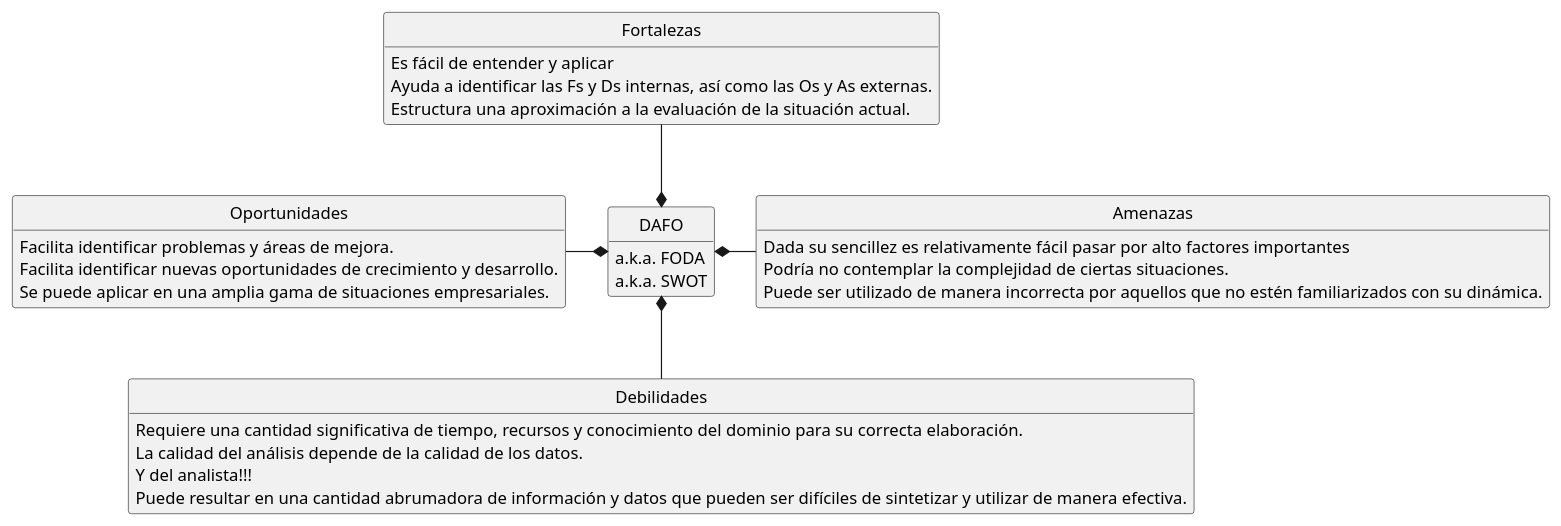
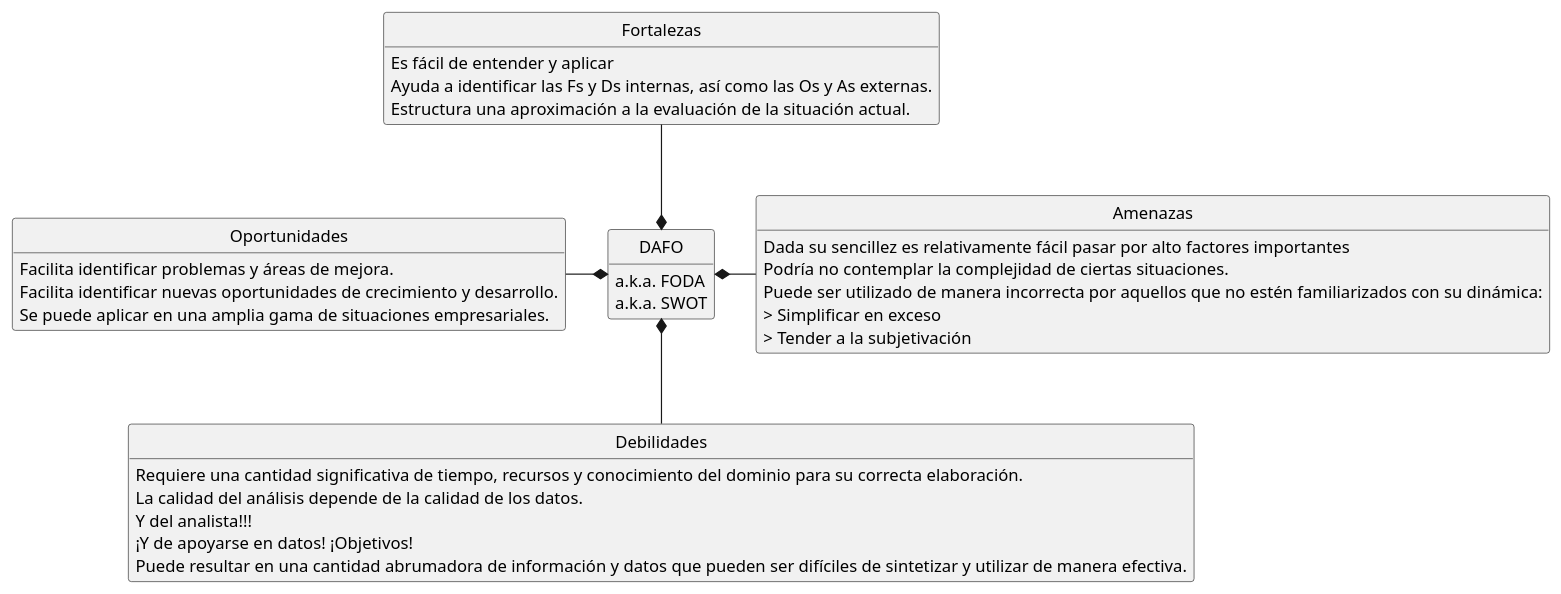
The diagram in puml.source/metaDAFO.puml (marcosvarona/DSI-22-23), drawn with PlantUML before and after one commit. The commit also changed 3 other files, not shown here.

```diff
--- a/puml.source/metaDAFO.puml
+++ b/puml.source/metaDAFO.puml
@@ -1,37 +1,40 @@
 class DAFO{
     a.k.a. FODA
     a.k.a. SWOT
 }
 
 class Fortalezas {
     Es fácil de entender y aplicar
     Ayuda a identificar las Fs y Ds internas, así como las Os y As externas.
     Estructura una aproximación a la evaluación de la situación actual.
 }
 
 class Oportunidades {
     Facilita identificar problemas y áreas de mejora.
     Facilita identificar nuevas oportunidades de crecimiento y desarrollo.
     Se puede aplicar en una amplia gama de situaciones empresariales.
 }
 
 class Debilidades {
     Requiere una cantidad significativa de tiempo, recursos y conocimiento del dominio para su correcta elaboración.
     La calidad del análisis depende de la calidad de los datos.
     Y del analista!!!
+    ¡Y de apoyarse en datos! ¡Objetivos!
     Puede resultar en una cantidad abrumadora de información y datos que pueden ser difíciles de sintetizar y utilizar de manera efectiva.
 }
 
 class Amenazas {
     Dada su sencillez es relativamente fácil pasar por alto factores importantes
     Podría no contemplar la complejidad de ciertas situaciones.
-    Puede ser utilizado de manera incorrecta por aquellos que no estén familiarizados con su dinámica.
+    Puede ser utilizado de manera incorrecta por aquellos que no estén familiarizados con su dinámica:
+    > Simplificar en exceso
+    > Tender a la subjetivación
 }
 
 DAFO *-u- Fortalezas
 DAFO *-l- Oportunidades
 DAFO *-d- Debilidades
 DAFO *-R- Amenazas
 
 hide class circle
 hide empty members
```
